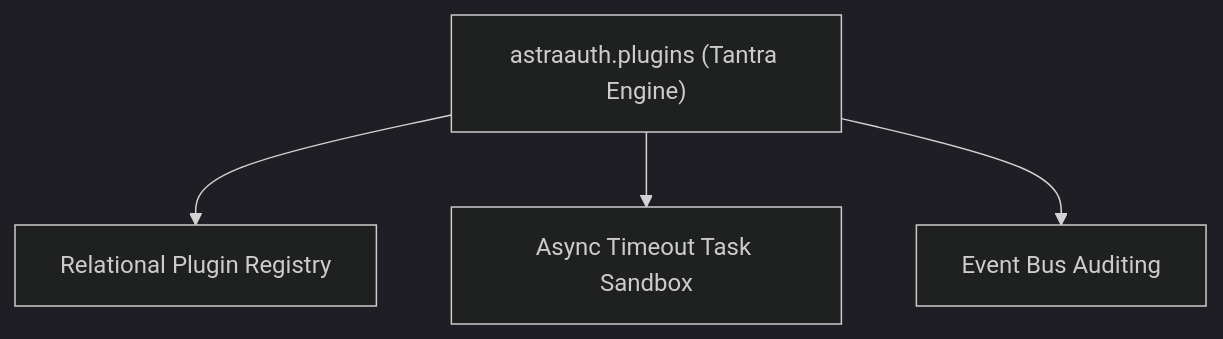
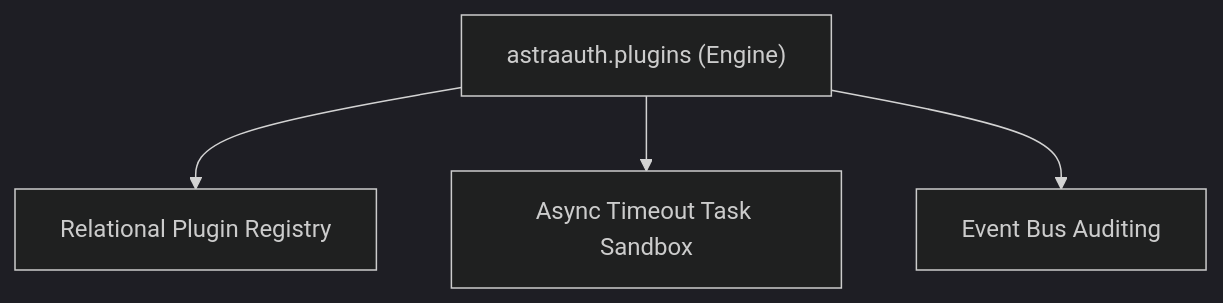
Before and after one commit to groverankur/Astra: the seventh of 17 diagrams in docs/about/package_detailed_references.md, drawn with Mermaid (dark theme). The commit also changed other lines of this file and 59 other files, not shown here.

````diff
--- a/docs/about/package_detailed_references.md
+++ b/docs/about/package_detailed_references.md
@@ -156,11 +156,11 @@
 ```mermaid
 graph TD
-    Plugins["astraauth.plugins (Tantra Engine)"]
+    Plugins["astraauth.plugins (Engine)"]
     Registry["Relational Plugin Registry"]
     Sandbox["Async Timeout Task Sandbox"]
     Events["Event Bus Auditing"]
 
     Plugins --> Registry
     Plugins --> Sandbox
     Plugins --> Events
 ```
````
